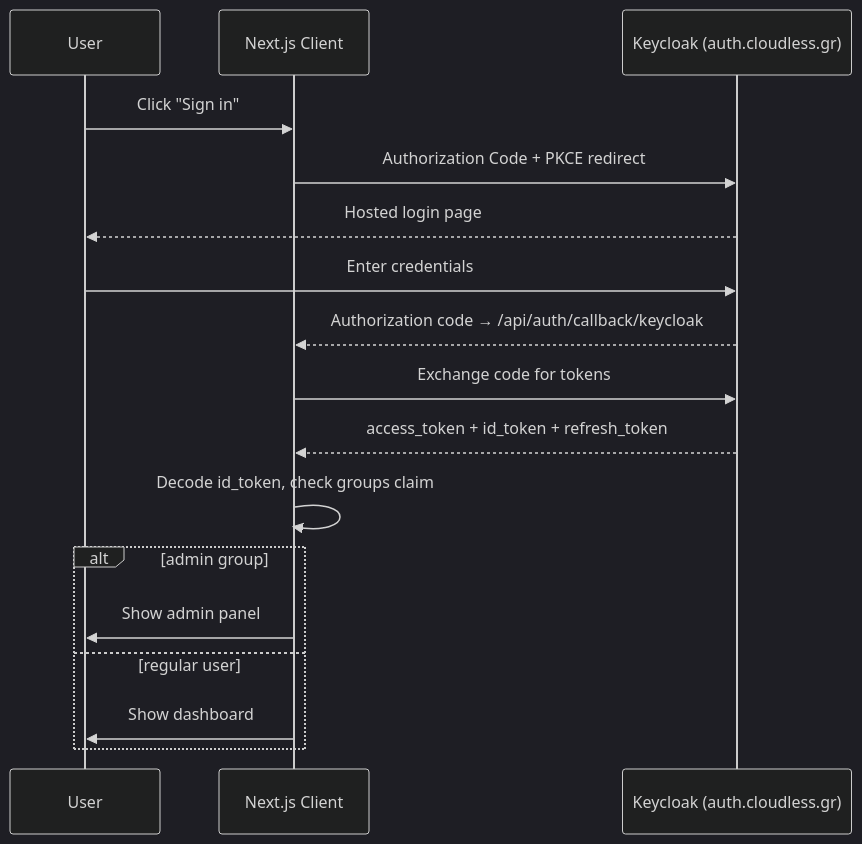
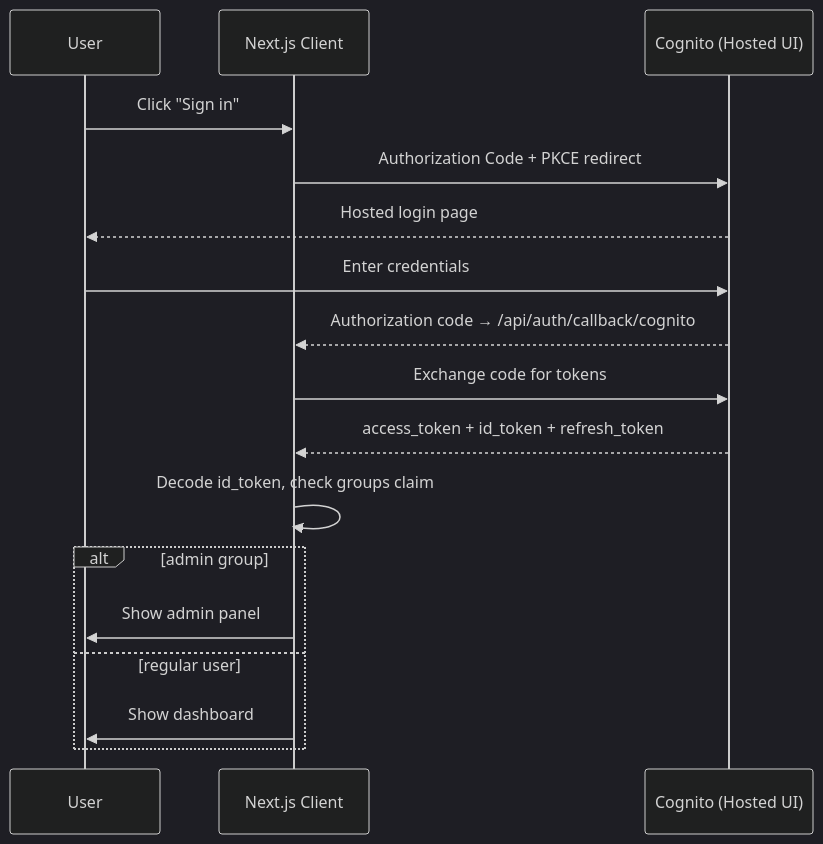
The first of 4 diagrams in README.md (Themis128/cloudless.gr), drawn with Mermaid (dark theme) before and after one commit. The commit also changed other lines of this file and 53 other files, not shown here.

First line of the commit message:
chore(auth): remove Keycloak completely

````diff
--- a/README.md
+++ b/README.md
@@ -27,20 +27,20 @@
 ```mermaid
 sequenceDiagram
     participant U as User
     participant App as Next.js Client
-    participant KC as Keycloak (auth.cloudless.gr)
+    participant KC as Cognito (Hosted UI)
 
     U->>App: Click "Sign in"
     App->>KC: Authorization Code + PKCE redirect
     KC-->>U: Hosted login page
     U->>KC: Enter credentials
-    KC-->>App: Authorization code → /api/auth/callback/keycloak
+    KC-->>App: Authorization code → /api/auth/callback/cognito
     App->>KC: Exchange code for tokens
     KC-->>App: access_token + id_token + refresh_token
     App->>App: Decode id_token, check groups claim
     alt admin group
         App->>U: Show admin panel
     else regular user
         App->>U: Show dashboard
     end
 ```
````
